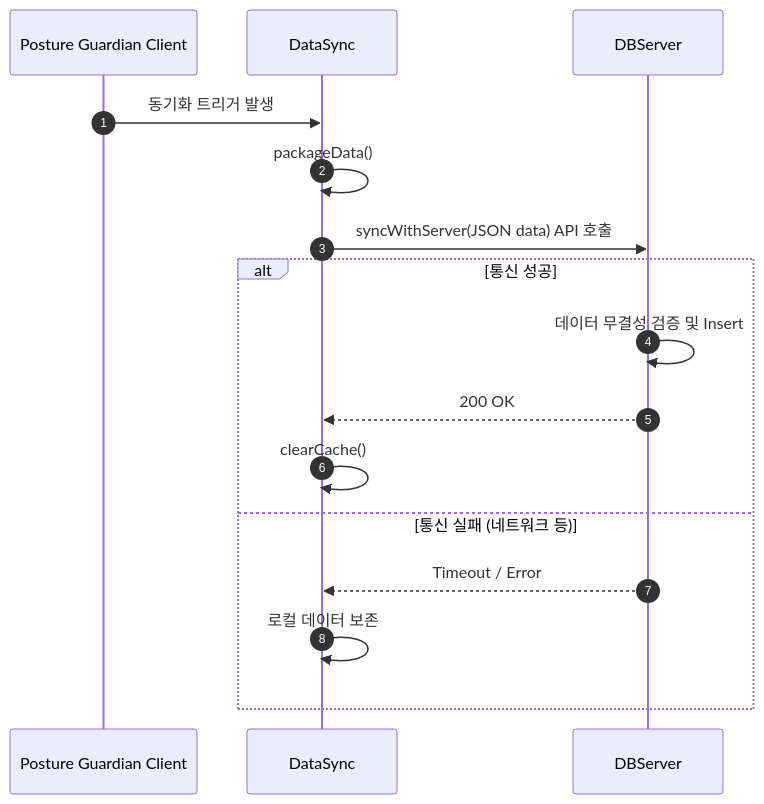
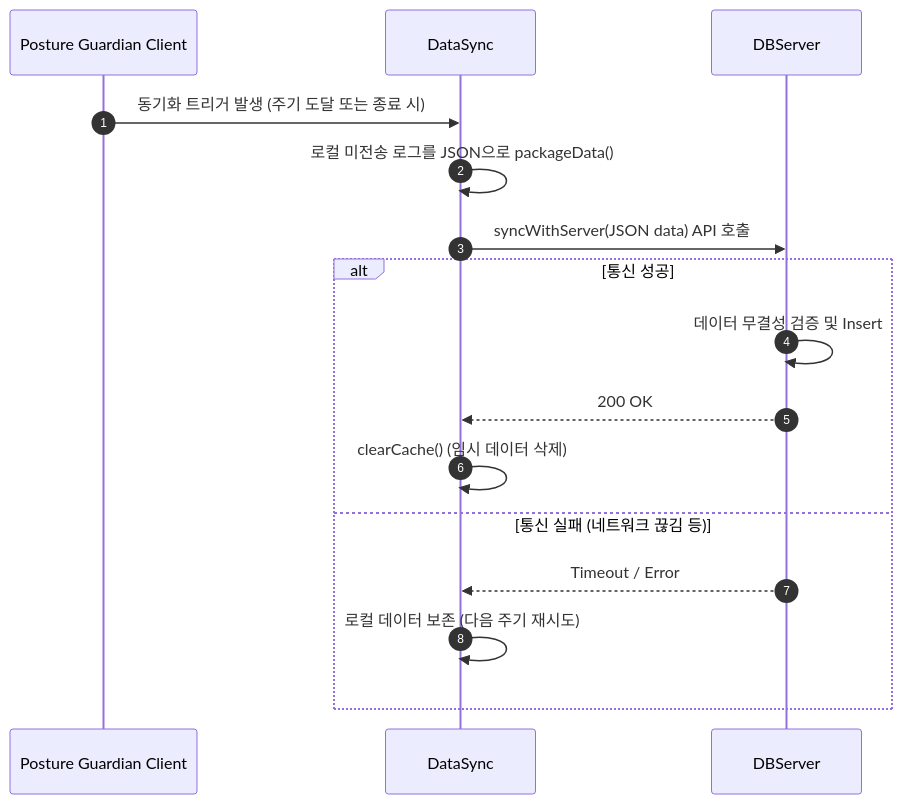
One commit to wjsehd/Posture-Guardian-Project changed the fifth of 5 diagrams in Design_[22313532_전동규].md. Above: the diagram before and after it, drawn with Mermaid. The commit also changed other lines of this file, not shown here.

````diff
--- a/Design_[22313532_전동규].md
+++ b/Design_[22313532_전동규].md
@@ -231,20 +242,20 @@
 ```mermaid
 sequenceDiagram
     autonumber
     participant SYS as Posture Guardian Client
     participant DS as DataSync
     participant DB as DBServer
 
-    SYS->>DS: 동기화 트리거 발생
-    DS->>DS: packageData()
+    SYS->>DS: 동기화 트리거 발생 (주기 도달 또는 종료 시)
+    DS->>DS: 로컬 미전송 로그를 JSON으로 packageData()
     DS->>DB: syncWithServer(JSON data) API 호출
     
     alt 통신 성공
         DB->>DB: 데이터 무결성 검증 및 Insert
         DB-->>DS: 200 OK
-        DS->>DS: clearCache()
-    else 통신 실패 (네트워크 등)
+        DS->>DS: clearCache() (임시 데이터 삭제)
+    else 통신 실패 (네트워크 끊김 등)
         DB-->>DS: Timeout / Error
-        DS->>DS: 로컬 데이터 보존
+        DS->>DS: 로컬 데이터 보존 (다음 주기 재시도)
     end
 ```
````
